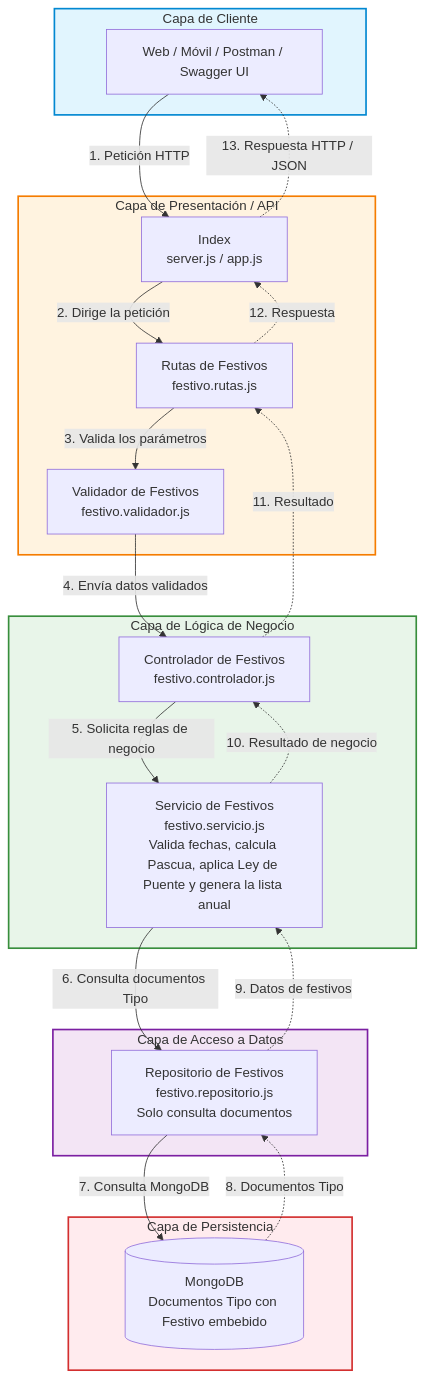
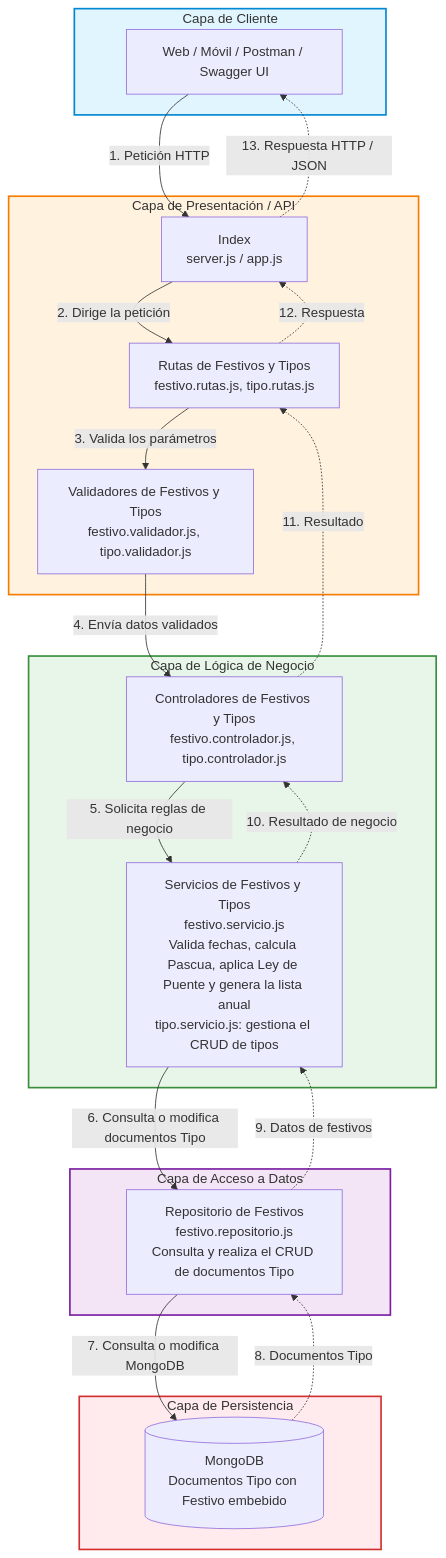
Before and after one commit to Juandavm12/API-Festivos-ASII: the diagram in DiagramaArquitectura-Taller1.md, drawn with Mermaid. The commit also changed other lines of this file and 12 other files, not shown here.

````diff
--- a/DiagramaArquitectura-Taller1.md
+++ b/DiagramaArquitectura-Taller1.md
@@ -3,51 +3,51 @@
 ```mermaid
 graph TD
     %% Capa de Cliente
     subgraph ClientLayer["Capa de Cliente"]
         Client["Web / Móvil / Postman / Swagger UI"]
     end
 
     %% Capa de Presentación / API
     subgraph PresentationLayer["Capa de Presentación / API"]
         Index["Index<br/>server.js / app.js"]
-        Routes["Rutas de Festivos<br/>festivo.rutas.js"]
-        Validator["Validador de Festivos<br/>festivo.validador.js"]
+        Routes["Rutas de Festivos y Tipos<br/>festivo.rutas.js, tipo.rutas.js"]
+        Validator["Validadores de Festivos y Tipos<br/>festivo.validador.js, tipo.validador.js"]
     end
 
     %% Capa de Lógica de Negocio
     subgraph BusinessLayer["Capa de Lógica de Negocio"]
-        Controller["Controlador de Festivos<br/>festivo.controlador.js"]
-        Service["Servicio de Festivos<br/>festivo.servicio.js<br/>Valida fechas, calcula Pascua, aplica Ley de Puente y genera la lista anual"]
+        Controller["Controladores de Festivos y Tipos<br/>festivo.controlador.js, tipo.controlador.js"]
+        Service["Servicios de Festivos y Tipos<br/>festivo.servicio.js<br/>Valida fechas, calcula Pascua, aplica Ley de Puente y genera la lista anual<br/>tipo.servicio.js: gestiona el CRUD de tipos"]
     end
 
     %% Capa de Acceso a Datos
     subgraph DataAccessLayer["Capa de Acceso a Datos"]
-        Repository["Repositorio de Festivos<br/>festivo.repositorio.js<br/>Solo consulta documentos"]
+        Repository["Repositorio de Festivos<br/>festivo.repositorio.js<br/>Consulta y realiza el CRUD de documentos Tipo"]
     end
 
     %% Capa de Persistencia
     subgraph PersistenceLayer["Capa de Persistencia"]
         MongoDB[("MongoDB<br/>Documentos Tipo con Festivo embebido")]
     end
 
     Client -->|"1. Petición HTTP"| Index
     Index -->|"2. Dirige la petición"| Routes
     Routes -->|"3. Valida los parámetros"| Validator
     Validator -->|"4. Envía datos validados"| Controller
     Controller -->|"5. Solicita reglas de negocio"| Service
-    Service -->|"6. Consulta documentos Tipo"| Repository
-    Repository -->|"7. Consulta MongoDB"| MongoDB
+    Service -->|"6. Consulta o modifica documentos Tipo"| Repository
+    Repository -->|"7. Consulta o modifica MongoDB"| MongoDB
 
     MongoDB -.->|"8. Documentos Tipo"| Repository
     Repository -.->|"9. Datos de festivos"| Service
     Service -.->|"10. Resultado de negocio"| Controller
     Controller -.->|"11. Resultado"| Routes
     Routes -.->|"12. Respuesta"| Index
     Index -.->|"13. Respuesta HTTP / JSON"| Client
 
     style ClientLayer fill:#e1f5fe,stroke:#0288d1,stroke-width:2px
     style PresentationLayer fill:#fff3e0,stroke:#f57c00,stroke-width:2px
     style BusinessLayer fill:#e8f5e9,stroke:#388e3c,stroke-width:2px
     style DataAccessLayer fill:#f3e5f5,stroke:#7b1fa2,stroke-width:2px
     style PersistenceLayer fill:#ffebee,stroke:#d32f2f,stroke-width:2px
 ```
````
